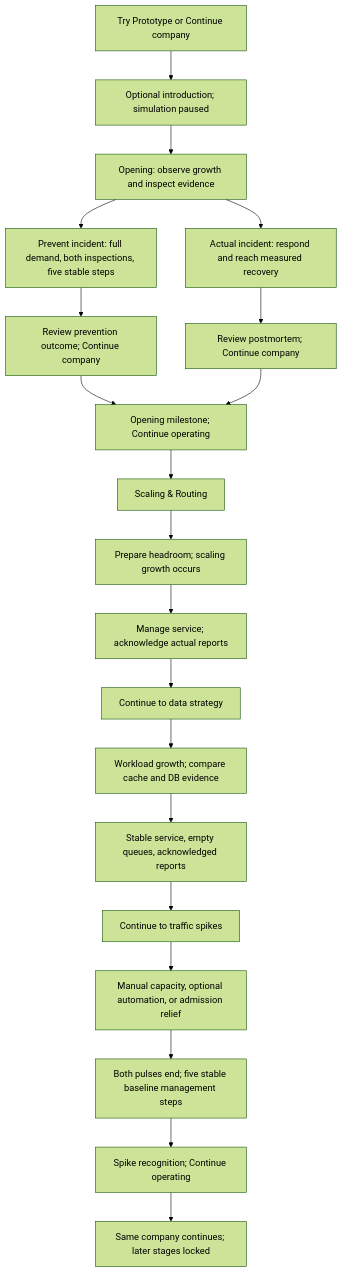
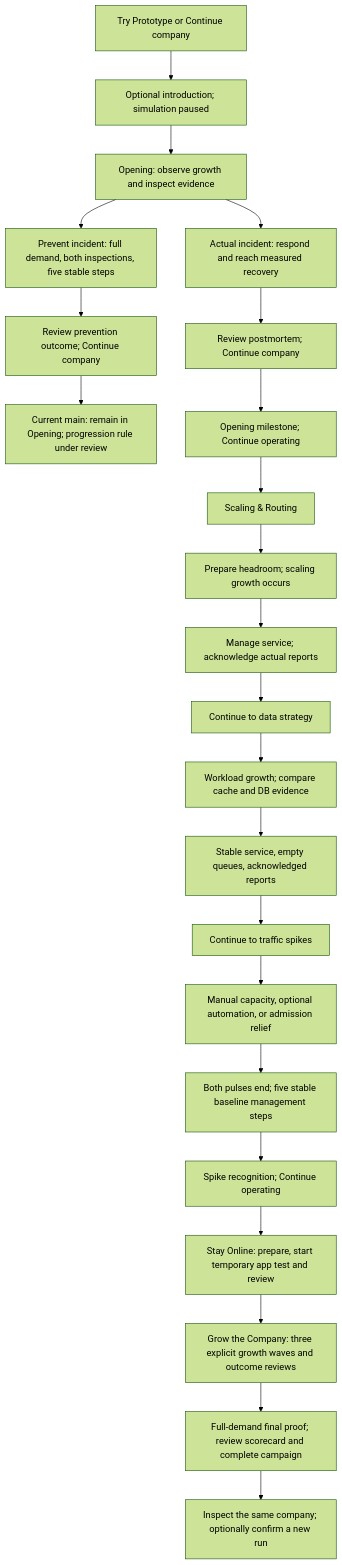
One commit to CS3216-Final-Project/99.9-Percent changed the diagram in docs/CURRENT_GAME_LOGIC_AND_FLOW.md. Above: the diagram before and after it, drawn with Mermaid (forest theme). The commit also changed other lines of this file and 58 other files, not shown here.

````diff
--- a/docs/CURRENT_GAME_LOGIC_AND_FLOW.md
+++ b/docs/CURRENT_GAME_LOGIC_AND_FLOW.md
@@ -29,22 +36,25 @@
 ```mermaid
 flowchart TD
     A[Try Prototype or Continue company] --> B[Optional introduction; simulation paused]
     B --> C[Opening: observe growth and inspect evidence]
     C --> D[Actual incident: respond and reach measured recovery]
     C --> R[Prevent incident: full demand, both inspections, five stable steps]
     R --> S[Review prevention outcome; Continue company]
-    S --> F
+    S --> X[Current main: remain in Opening; progression rule under review]
     D --> E[Review postmortem; Continue company]
     E --> F[Opening milestone; Continue operating]
     F --> G[Scaling & Routing]
     G --> H[Prepare headroom; scaling growth occurs]
     H --> I[Manage service; acknowledge actual reports]
     I --> J[Continue to data strategy]
     J --> K[Workload growth; compare cache and DB evidence]
     K --> L[Stable service, empty queues, acknowledged reports]
     L --> M[Continue to traffic spikes]
     M --> N[Manual capacity, optional automation, or admission relief]
     N --> O[Both pulses end; five stable baseline management steps]
     O --> P[Spike recognition; Continue operating]
-    P --> Q[Same company continues; later stages locked]
+    P --> Q[Stay Online: prepare, start temporary app test and review]
+    Q --> U[Grow the Company: three explicit growth waves and outcome reviews]
+    U --> V[Full-demand final proof; review scorecard and complete campaign]
+    V --> W[Inspect the same company; optionally confirm a new run]
 ```
````
